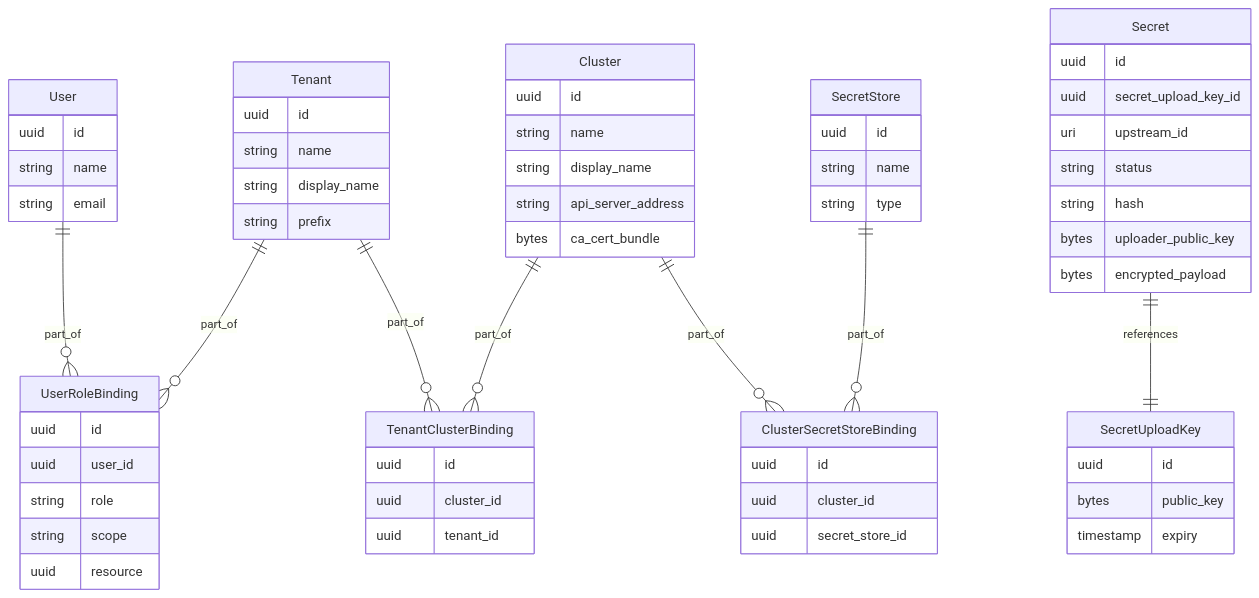
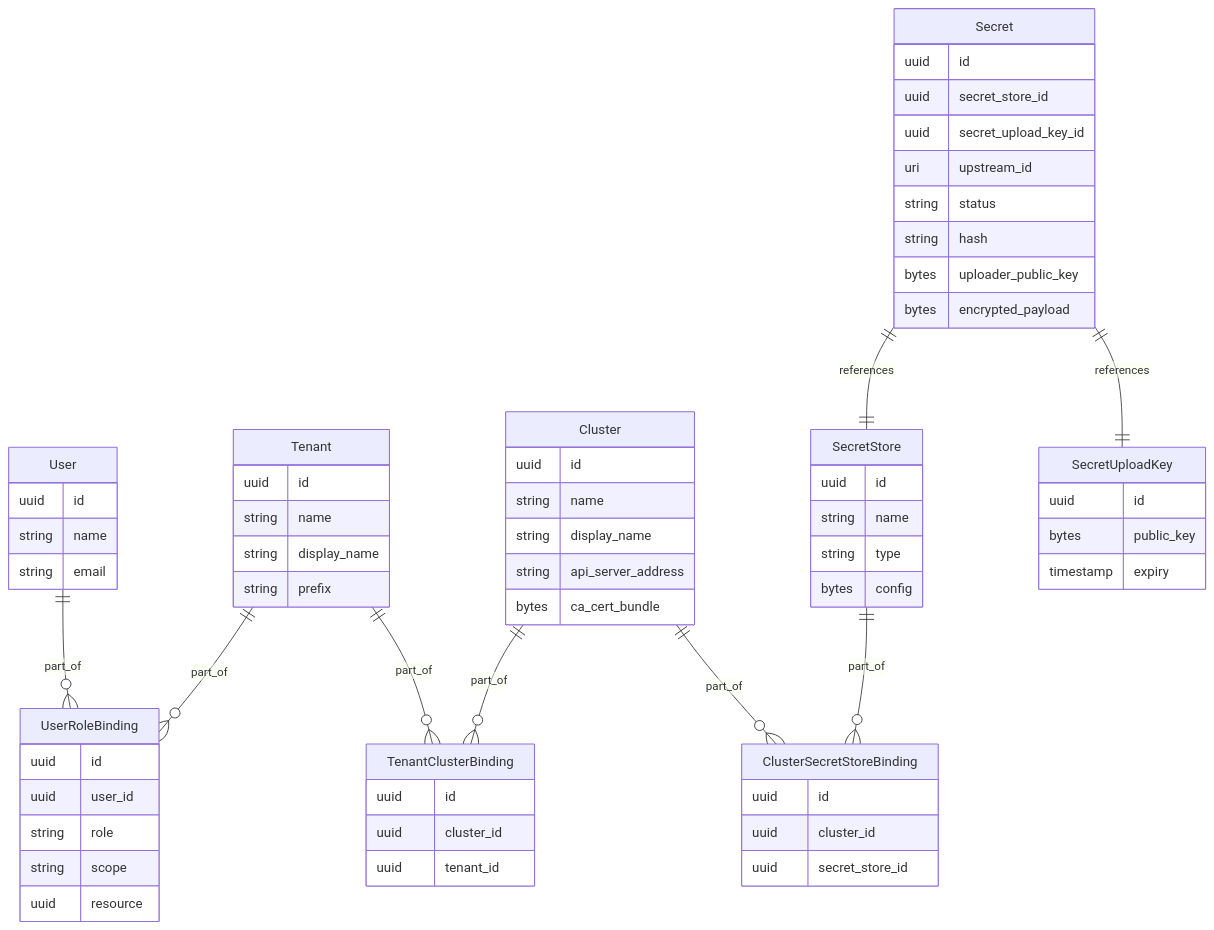
Before and after one commit to finleap-connect/monoskope: the diagram in docs/concepts/data-model.md, drawn with Mermaid.

````diff
--- a/docs/concepts/data-model.md
+++ b/docs/concepts/data-model.md
@@ -3,76 +3,79 @@
 ```mermaid
 erDiagram
     User {
         uuid id
         string name
         string email
     }
 
     UserRoleBinding {
         uuid id
         uuid user_id
         string role
         string scope
         uuid resource
     }
 
     Cluster {
         uuid id
         string name
         string display_name
         string api_server_address
         bytes ca_cert_bundle
     }
 
     Tenant {
         uuid id
         string name
         string display_name
         string prefix
     }
 
     TenantClusterBinding {
         uuid id
         uuid cluster_id
         uuid tenant_id
     }
 
     ClusterSecretStoreBinding {
         uuid id
         uuid cluster_id
         uuid secret_store_id
     }
 
     SecretStore {
         uuid id
         string name
         string type
+        bytes config
     }
 
     Secret {
         uuid id
+        uuid secret_store_id
         uuid secret_upload_key_id
         uri upstream_id
         string status
         string hash
         bytes uploader_public_key
         bytes encrypted_payload
     }
 
     SecretUploadKey {
        uuid id
        bytes public_key
        timestamp expiry
     }
 
     Secret ||--|| SecretUploadKey : references
+    Secret ||--|| SecretStore : references
 
     User ||--o{ UserRoleBinding : part_of
     Tenant ||--o{ UserRoleBinding : part_of
 
     Tenant ||--o{ TenantClusterBinding : part_of
     Cluster ||--o{ TenantClusterBinding : part_of
 
     Cluster ||--o{ ClusterSecretStoreBinding : part_of
     SecretStore ||--o{ ClusterSecretStoreBinding : part_of
 ```
````
